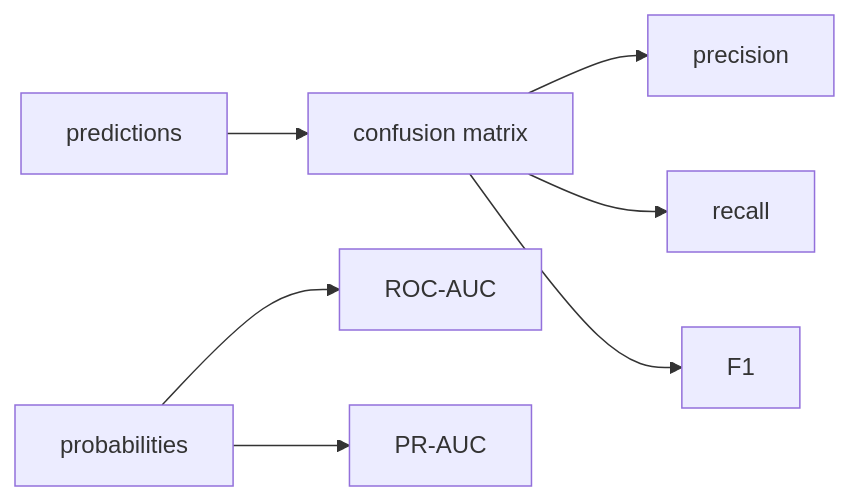
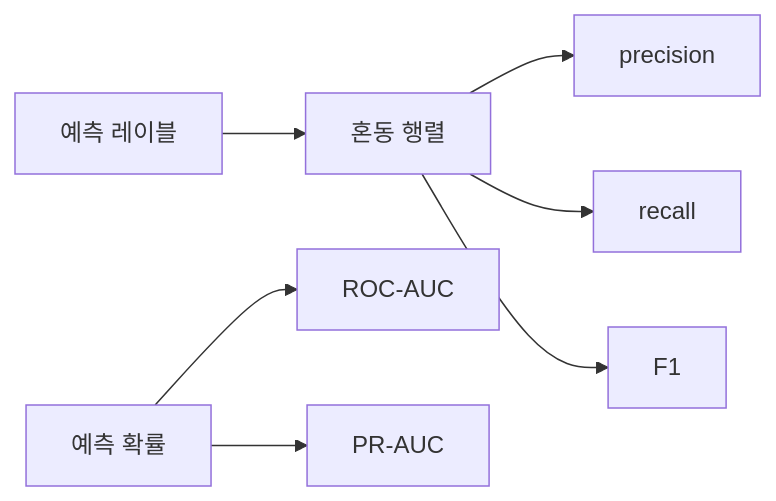
One commit to yeongseon-books/book-content changed the diagram in content/machine-learning-101/ko/09-model-evaluation.md. Above: the diagram before and after it, drawn with Mermaid. The commit also changed other lines of this file and 6 other files, not shown here.

````diff
--- a/content/machine-learning-101/ko/09-model-evaluation.md
+++ b/content/machine-learning-101/ko/09-model-evaluation.md
@@ -33,9 +47,9 @@
 ```mermaid
 flowchart LR
-    Pred["predictions"] --> CM["confusion matrix"]
+    Pred["예측 레이블"] --> CM["혼동 행렬"]
     CM --> P["precision"]
     CM --> R["recall"]
     CM --> F["F1"]
-    Prob["probabilities"] --> ROC["ROC-AUC"]
+    Prob["예측 확률"] --> ROC["ROC-AUC"]
     Prob --> PR["PR-AUC"]
 ```
````
